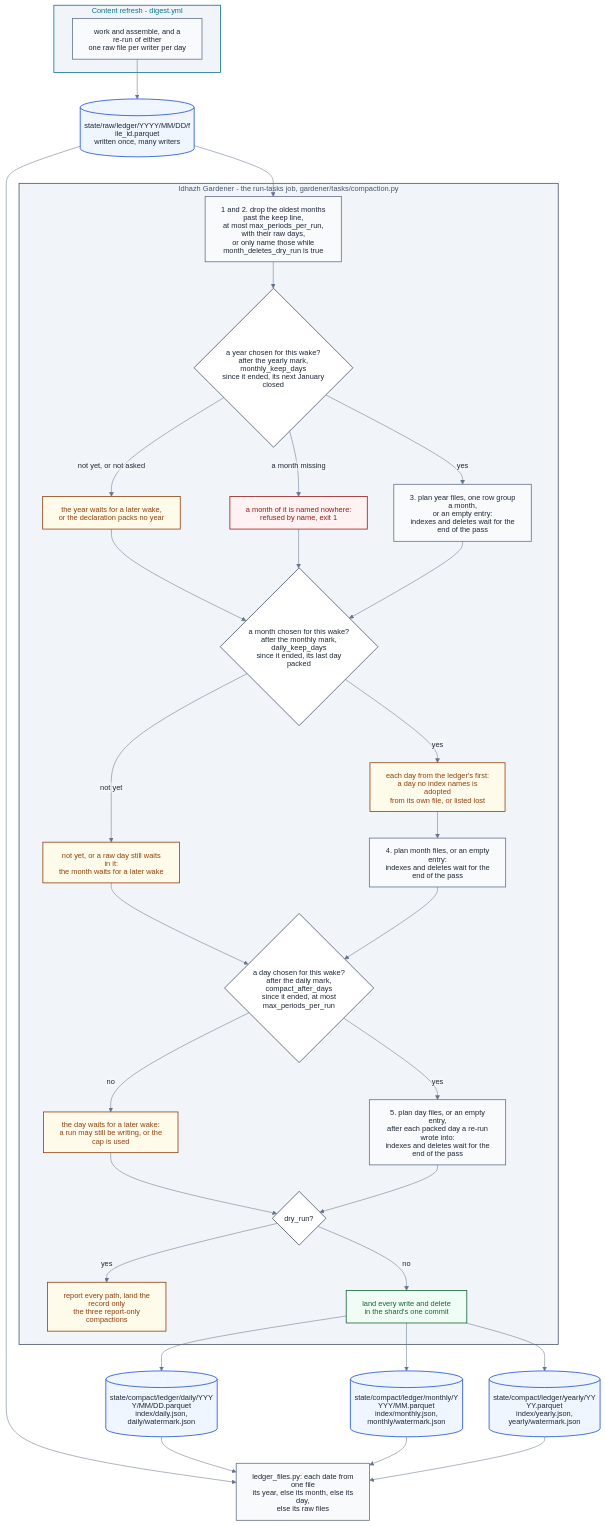
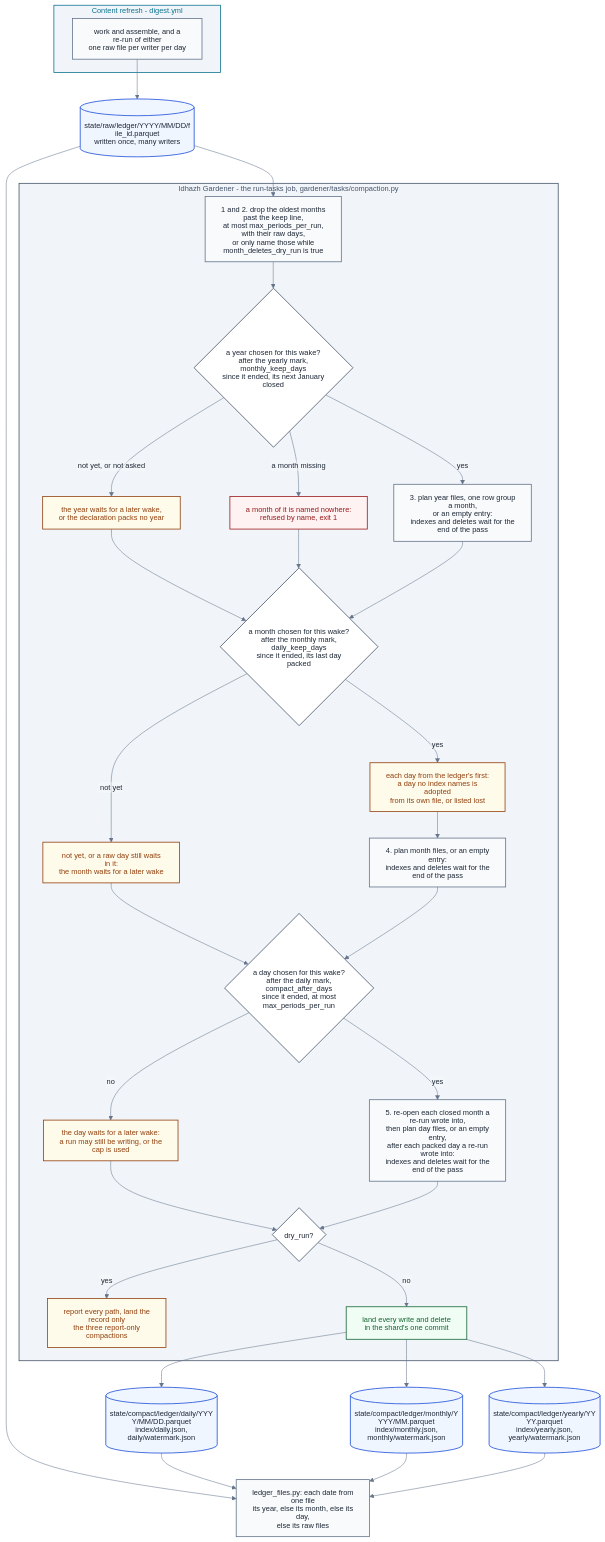
Before and after one commit to miztiik/yen-idhazh: the diagram in docs/architecture/publishing/ledger-compaction.md, drawn with Mermaid. The commit also changed other lines of this file and 8 other files, not shown here.

First line of the commit message:
A late raw file re-opens its closed month instead of failing the task

````diff
--- a/docs/architecture/publishing/ledger-compaction.md
+++ b/docs/architecture/publishing/ledger-compaction.md
@@ -33,78 +33,78 @@
 ```mermaid
 %%{init: {"theme": "base", "htmlLabels": false, "themeVariables": {"background": "#ffffff", "primaryColor": "#f8fafc", "primaryTextColor": "#1f2937", "primaryBorderColor": "#64748b", "lineColor": "#64748b", "textColor": "#1f2937", "clusterBkg": "#f1f5f9", "clusterBorder": "#64748b", "titleColor": "#1f2937", "edgeLabelBackground": "#f8fafc", "fontSize": "14px"}}}%%
 flowchart TB
   subgraph REFRESH["Content refresh - digest.yml"]
     W["work and assemble, and a re-run of either<br/>one raw file per writer per day"]
   end
 
   RAWF[("state/raw/ledger/YYYY/MM/DD/file_id.parquet<br/>written once, many writers")]
 
   subgraph GARDEN["Idhazh Gardener - the run-tasks job, gardener/tasks/compaction.py"]
     DROP["1 and 2. drop the oldest months past the keep line,<br/>at most max_periods_per_run, with their raw days,<br/>or only name those while month_deletes_dry_run is true"]
     YDONE{"a year chosen for this wake?<br/>after the yearly mark, monthly_keep_days<br/>since it ended, its next January closed"}
     YWAIT["the year waits for a later wake,<br/>or the declaration packs no year"]
     YHOLE["a month of it is named nowhere:<br/>refused by name, exit 1"]
     PACK["3. plan year files, one row group a month,<br/>or an empty entry:<br/>indexes and deletes wait for the end of the pass"]
     MDONE{"a month chosen for this wake?<br/>after the monthly mark, daily_keep_days<br/>since it ended, its last day packed"}
     MWAIT["not yet, or a raw day still waits in it:<br/>the month waits for a later wake"]
     MREC["each day from the ledger's first:<br/>a day no index names is adopted<br/>from its own file, or listed lost"]
     ABSORB["4. plan month files, or an empty entry:<br/>indexes and deletes wait for the end of the pass"]
     DDUE{"a day chosen for this wake?<br/>after the daily mark, compact_after_days<br/>since it ended, at most max_periods_per_run"}
     DHOLD["the day waits for a later wake:<br/>a run may still be writing, or the cap is used"]
-    TAKE["5. plan day files, or an empty entry,<br/>after each packed day a re-run wrote into:<br/>indexes and deletes wait for the end of the pass"]
+    TAKE["5. re-open each closed month a re-run wrote into,<br/>then plan day files, or an empty entry,<br/>after each packed day a re-run wrote into:<br/>indexes and deletes wait for the end of the pass"]
     DRY{"dry_run?"}
     REPORT["report every path, land the record only<br/>the three report-only compactions"]
     LAND["land every write and delete<br/>in the shard's one commit"]
   end
 
   DAILY[("state/compact/ledger/daily/YYYY/MM/DD.parquet<br/>index/daily.json, daily/watermark.json")]
   MONTHLY[("state/compact/ledger/monthly/YYYY/MM.parquet<br/>index/monthly.json, monthly/watermark.json")]
   YEARLY[("state/compact/ledger/yearly/YYYY.parquet<br/>index/yearly.json, yearly/watermark.json")]
   READER["ledger_files.py: each date from one file<br/>its year, else its month, else its day,<br/>else its raw files"]
 
   W --> RAWF
   RAWF --> DROP
   DROP --> YDONE
   YDONE -->|"not yet, or not asked"| YWAIT
   YDONE -->|"a month missing"| YHOLE
   YDONE -->|"yes"| PACK
   YWAIT --> MDONE
   YHOLE --> MDONE
   PACK --> MDONE
   MDONE -->|"not yet"| MWAIT
   MDONE -->|"yes"| MREC
   MREC --> ABSORB
   MWAIT --> DDUE
   ABSORB --> DDUE
   DDUE -->|"no"| DHOLD
   DDUE -->|"yes"| TAKE
   DHOLD --> DRY
   TAKE --> DRY
   DRY -->|"yes"| REPORT
   DRY -->|"no"| LAND
   LAND --> DAILY
   LAND --> MONTHLY
   LAND --> YEARLY
   RAWF --> READER
   DAILY --> READER
   MONTHLY --> READER
   YEARLY --> READER
 
   classDef stage fill:#f8fafc,stroke:#64748b,stroke-width:1.5px,color:#1f2937;
   classDef decision fill:#ffffff,stroke:#475569,stroke-width:1.5px,color:#1f2937;
   classDef yes fill:#f0fdf4,stroke:#166534,stroke-width:1.5px,color:#166534;
   classDef no fill:#fef2f2,stroke:#991b1b,stroke-width:1.5px,color:#991b1b;
   classDef warn fill:#fffbeb,stroke:#92400e,stroke-width:1.5px,color:#92400e;
   classDef ledger fill:#eff6ff,stroke:#1d4ed8,stroke-width:1.5px,color:#1f2937;
   classDef sysOps fill:#f1f5f9,stroke:#475569,stroke-width:1.5px,color:#475569;
   classDef sysPublish fill:#f1f5f9,stroke:#0e7490,stroke-width:1.5px,color:#0e7490;
 
   class W,DROP,PACK,ABSORB,TAKE,READER stage;
   class YDONE,MDONE,DDUE,DRY decision;
   class LAND yes;
   class YHOLE no;
   class YWAIT,MWAIT,MREC,DHOLD,REPORT warn;
   class RAWF,DAILY,MONTHLY,YEARLY ledger;
   class REFRESH sysPublish;
   class GARDEN sysOps;
 ```
````
